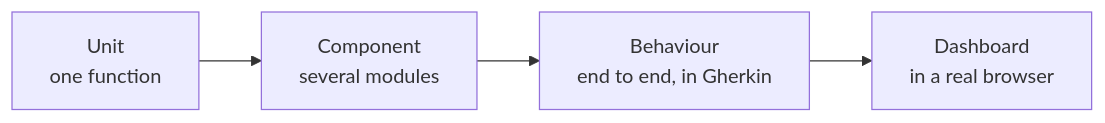
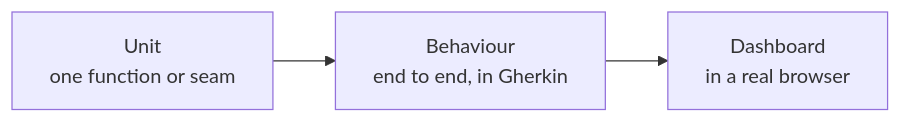
One commit to affinidi-ai/agent-gateway changed the diagram in docs/development/TESTING.md. Above: the diagram before and after it, drawn with Mermaid. The commit also changed other lines of this file and 6 other files, not shown here.

````diff
--- a/docs/development/TESTING.md
+++ b/docs/development/TESTING.md
@@ -21,4 +19,4 @@
 ```mermaid
 flowchart LR
-    U["Unit<br/>one function"] --> C["Component<br/>several modules"] --> B["Behaviour<br/>end to end, in Gherkin"] --> D["Dashboard<br/>in a real browser"]
+    U["Unit<br/>one function or seam"] --> B["Behaviour<br/>end to end, in Gherkin"] --> D["Dashboard<br/>in a real browser"]
 ```
````
